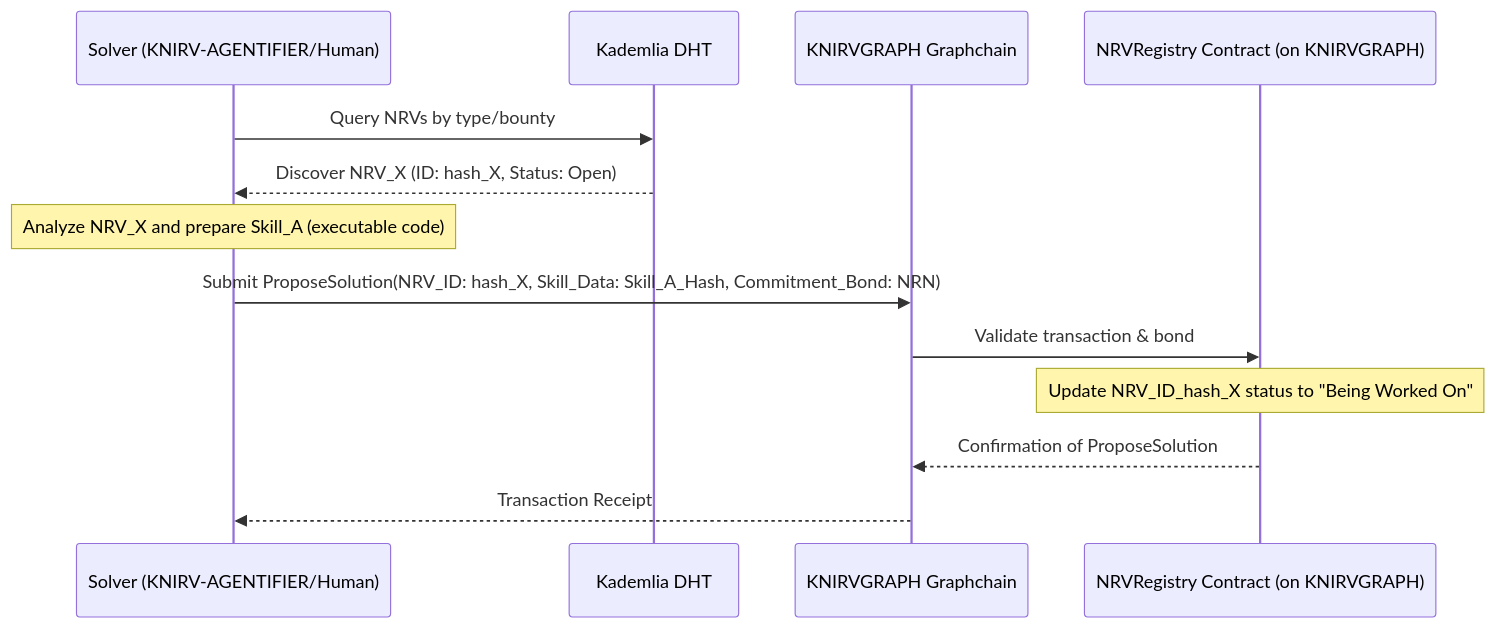
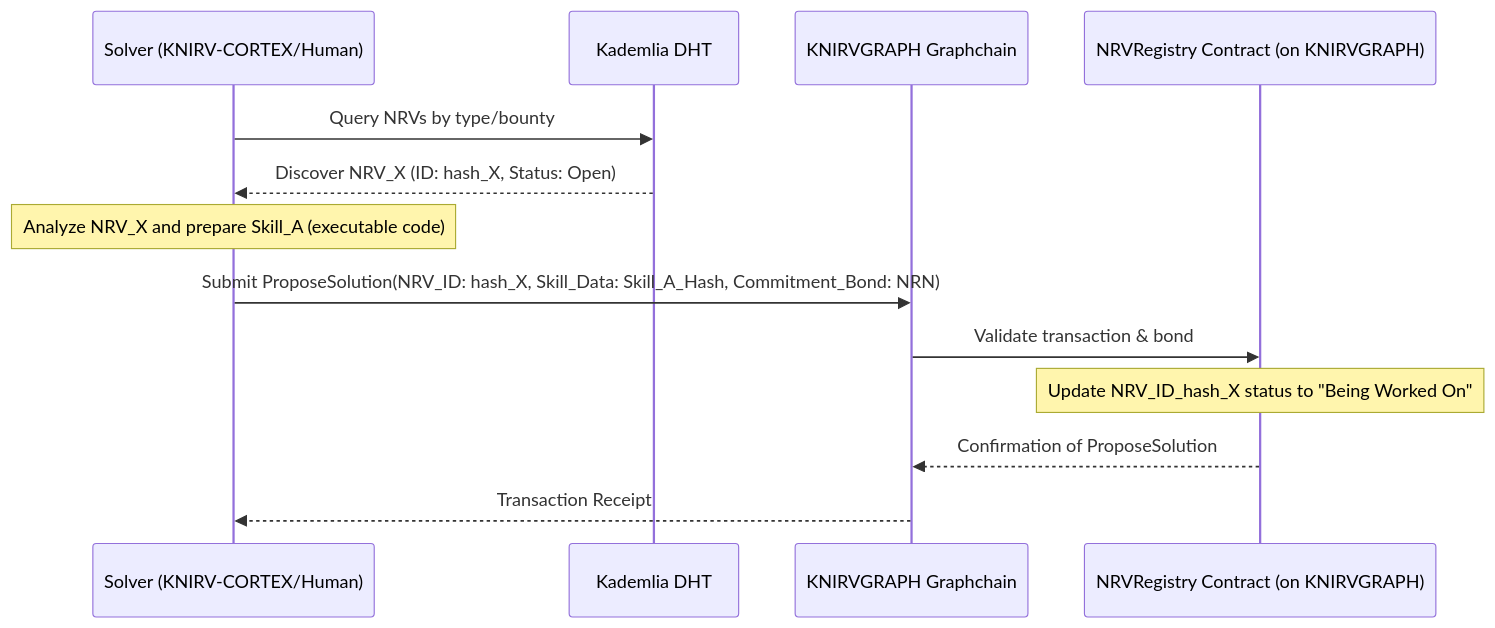
The third of 9 diagrams in KNIRVGATEWAY/documentation/docsify/whitepapers/KNIRVGRAPH_Whitepaper.md (guiperry/KNIRV_NETWORK), drawn with Mermaid before and after one commit. The commit also changed other lines of this file and 441 other files, not shown here.

````diff
--- a/KNIRVGATEWAY/documentation/docsify/whitepapers/KNIRVGRAPH_Whitepaper.md
+++ b/KNIRVGATEWAY/documentation/docsify/whitepapers/KNIRVGRAPH_Whitepaper.md
@@ -185,20 +185,20 @@
 ```mermaid
 sequenceDiagram
-    participant Solver as Solver (KNIRV-AGENTIFIER/Human)
+    participant Solver as Solver (KNIRV-CORTEX/Human)
     participant DHT as Kademlia DHT
     participant KGBC as KNIRVGRAPH Graphchain
     participant NRC as NRVRegistry Contract (on KNIRVGRAPH)
     
     Solver->>DHT: Query NRVs by type/bounty
     DHT-->>Solver: Discover NRV_X (ID: hash_X, Status: Open)
     
     Note over Solver: Analyze NRV_X and prepare Skill_A (executable code)
     
     Solver->>KGBC: Submit ProposeSolution(NRV_ID: hash_X, Skill_Data: Skill_A_Hash, Commitment_Bond: NRN)
     KGBC->>NRC: Validate transaction & bond
     
     Note over NRC: Update NRV_ID_hash_X status to "Being Worked On"
     
     NRC-->>KGBC: Confirmation of ProposeSolution
     KGBC-->>Solver: Transaction Receipt
 ```
````
